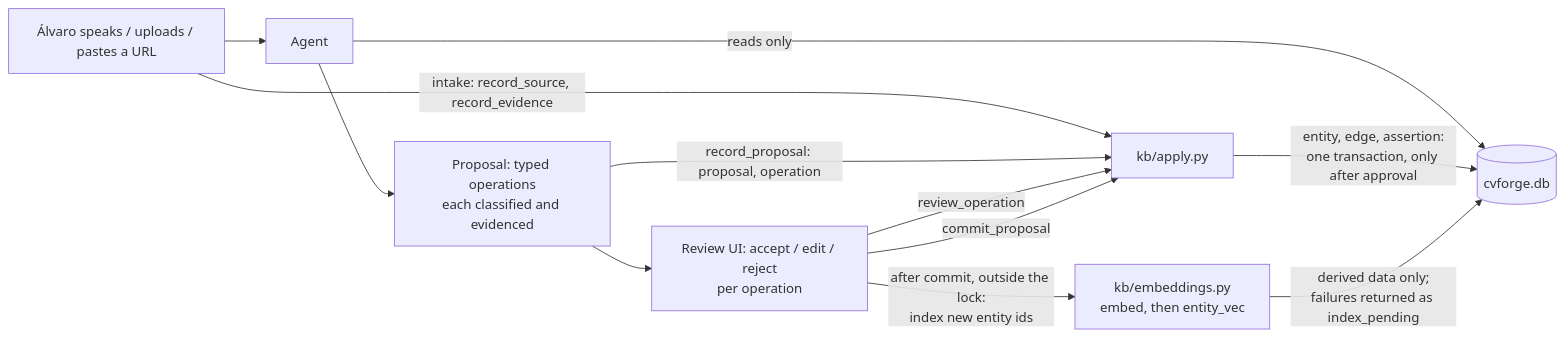
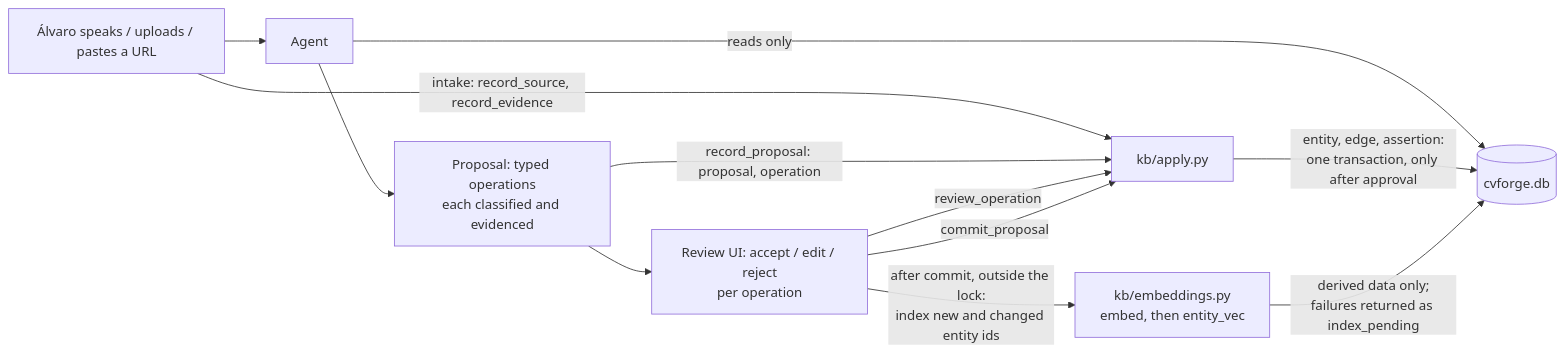
The second of 2 diagrams in docs/architecture/knowledge-model.md (SelfishCoconut/cvforge), drawn with Mermaid before and after one commit. The commit also changed 10 other files, not shown here.

First line of the commit message:
fix(kb): re-embed an entity whose name or summary changed

````diff
--- a/docs/architecture/knowledge-model.md
+++ b/docs/architecture/knowledge-model.md
@@ -76,14 +76,14 @@
 ```mermaid
 flowchart LR
   A[Álvaro speaks / uploads / pastes a URL] --> B[Agent]
   B -->|reads only| KB[(cvforge.db)]
   B --> P[Proposal: typed operations<br/>each classified and evidenced]
   A -->|intake: record_source, record_evidence| W[kb/apply.py]
   P -->|record_proposal: proposal, operation| W
   P --> R[Review UI: accept / edit / reject<br/>per operation]
   R -->|review_operation| W
   R -->|commit_proposal| W
   W -->|entity, edge, assertion:<br/>one transaction, only after approval| KB
-  R -->|after commit, outside the lock:<br/>index new entity ids| E[kb/embeddings.py<br/>embed, then entity_vec]
+  R -->|after commit, outside the lock:<br/>index new and changed entity ids| E[kb/embeddings.py<br/>embed, then entity_vec]
   E -->|derived data only;<br/>failures returned as index_pending| KB
 ```
````
